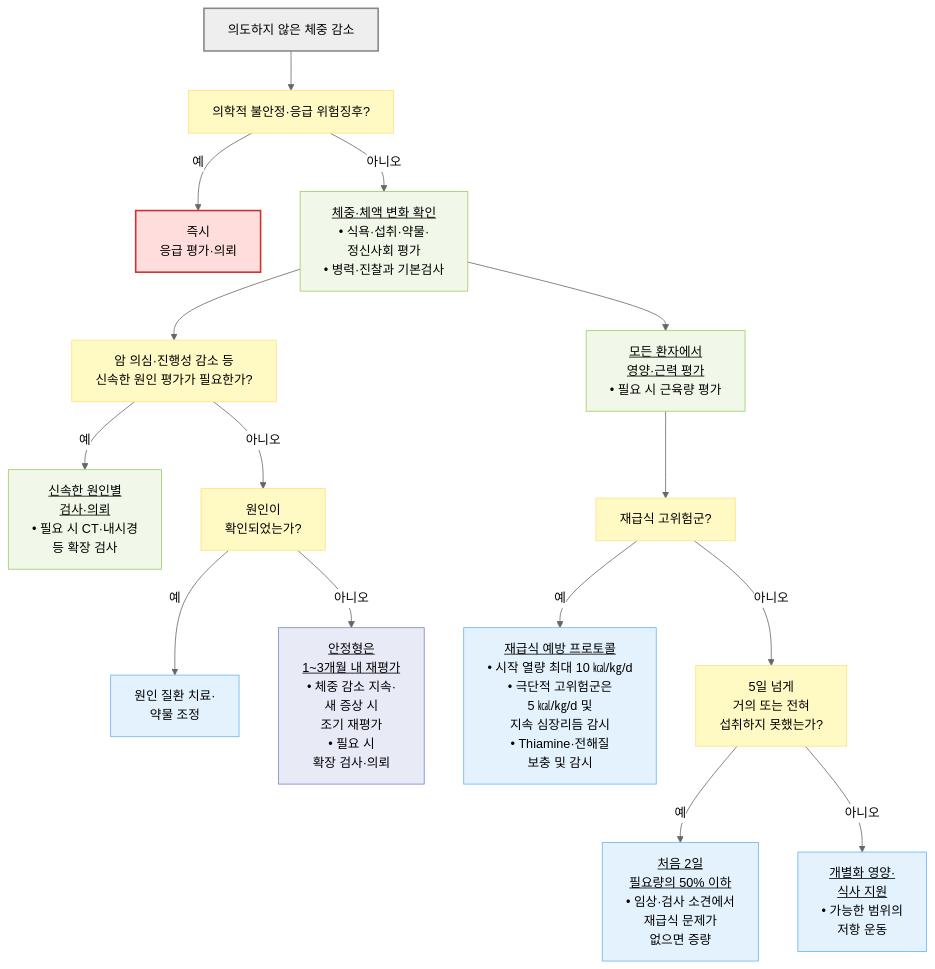
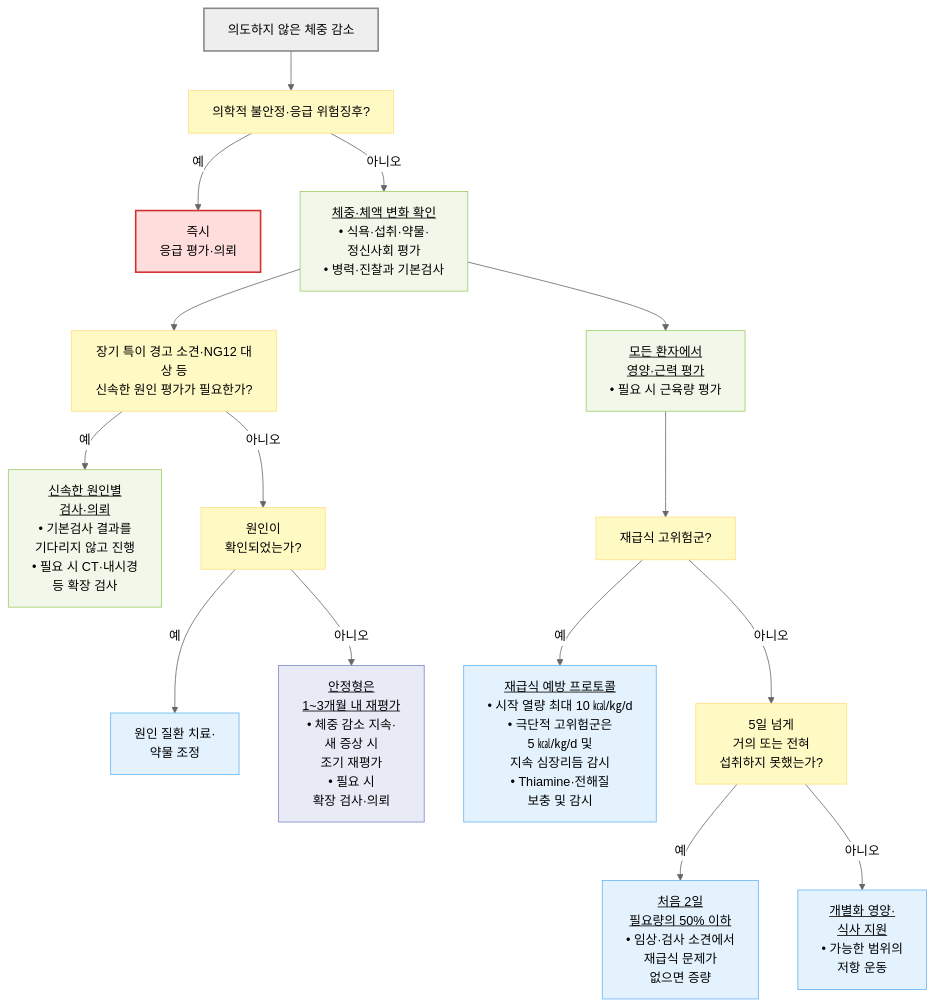
One commit to familyoh77/familyoh77 changed the diagram in 220_/013_-weight-loss.md. Above: the diagram before and after it, drawn with Mermaid (neutral theme). The commit also changed other lines of this file and 2 other files, not shown here.

````diff
--- a/220_/013_-weight-loss.md
+++ b/220_/013_-weight-loss.md
@@ -199,29 +202,29 @@
 ```mermaid
 flowchart TD
     A["의도하지 않은 체중 감소"] --> B["의학적 불안정·응급 위험징후?"]
     B -- "예" --> C["즉시 <br/>응급 평가·의뢰"]
     B -- "아니오" --> D["<u>체중·체액 변화 확인</u><br/>• 식욕·섭취·약물·<br/>정신사회 평가<br/>• 병력·진찰과 기본검사"]
-    D --> E["암 의심·진행성 감소 등<br/>신속한 원인 평가가 필요한가?"]
-    E -- "예" --> F["<u>신속한 원인별 <br/>검사·의뢰</u><br/>• 필요 시 CT·내시경 <br/>등 확장 검사"]
+    D --> E["장기 특이 경고 소견·NG12 대상 등<br/>신속한 원인 평가가 필요한가?"]
+    E -- "예" --> F["<u>신속한 원인별 <br/>검사·의뢰</u><br/>• 기본검사 결과를 <br/>기다리지 않고 진행<br/>• 필요 시 CT·내시경 <br/>등 확장 검사"]
     E -- "아니오" --> G["원인이 <br/>확인되었는가?"]
     G -- "예" --> H["원인 질환 치료·<br/>약물 조정"]
     G -- "아니오" --> I["<u>안정형은 <br/>1~3개월 내 재평가</u><br/>• 체중 감소 지속·<br/>새 증상 시 <br/>조기 재평가<br/>• 필요 시 <br/>확장 검사·의뢰"]
     D --> J["<u>모든 환자에서 <br/>영양·근력 평가</u><br/>• 필요 시 근육량 평가"]
     J --> K["재급식 고위험군?"]
     K -- "예" --> L["<u>재급식 예방 프로토콜</u><br/>• 시작 열량 최대 10 ㎉/㎏/d<br/>• 극단적 고위험군은 <br/>5 ㎉/㎏/d 및 <br/>지속 심장리듬 감시<br/>• Thiamine·전해질<br/>보충 및 감시"]
     K -- "아니오" --> N["5일 넘게 <br/>거의 또는 전혀 <br/>섭취하지 못했는가?"]
     N -- "예" --> O["<u>처음 2일 <br/>필요량의 50% 이하</u><br/>• 임상·검사 소견에서<br/>재급식 문제가 <br/>없으면 증량"]
     N -- "아니오" --> M["<u>개별화 영양·<br/>식사 지원</u><br/>• 가능한 범위의 <br/>저항 운동"]
     classDef start fill:#eeeeee,stroke:#888888,stroke-width:2px
     classDef question fill:#fff9c4,stroke:#ffe082
     classDef emergency fill:#ffdddd,stroke:#d32f2f,stroke-width:2px
     classDef evaluation fill:#f1f8e9,stroke:#9ccc65
     classDef treatment fill:#e3f2fd,stroke:#64b5f6
     classDef followup fill:#e8eaf6,stroke:#7986cb
     class A start
     class B,E,G,K,N question
     class C emergency
     class D,F,J evaluation
     class H,L,M,O treatment
     class I followup
 ```
````
